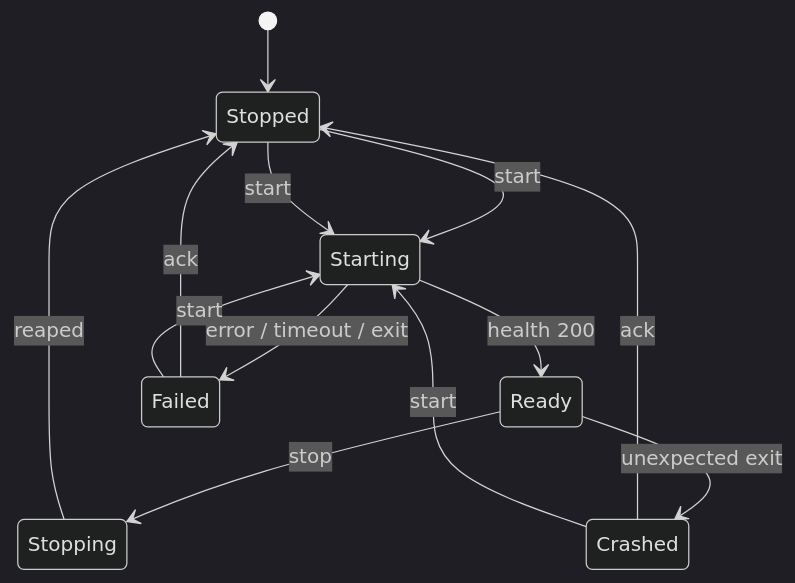
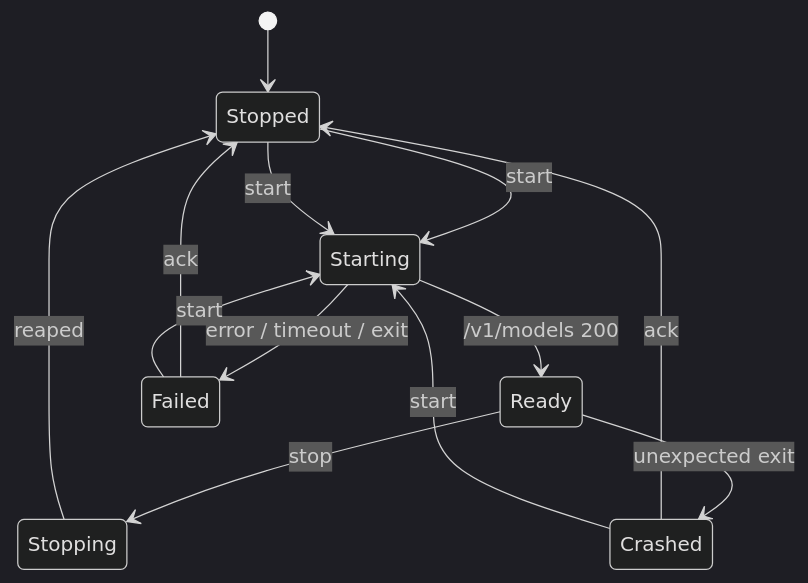
Before and after one commit to jjheffernan/WinServeAI: the diagram in docs/research/05-server-manager.md, drawn with Mermaid (dark theme). The commit also changed other lines of this file and 6 other files, not shown here.

````diff
--- a/docs/research/05-server-manager.md
+++ b/docs/research/05-server-manager.md
@@ -53,15 +56,15 @@
 ```mermaid
 stateDiagram-v2
   [*] --> Stopped
   Stopped --> Starting: start
-  Starting --> Ready: health 200
+  Starting --> Ready: /v1/models 200
   Starting --> Failed: error / timeout / exit
   Ready --> Stopping: stop
   Ready --> Crashed: unexpected exit
   Stopping --> Stopped: reaped
   Failed --> Stopped: ack
   Crashed --> Stopped: ack
   Failed --> Starting: start
   Crashed --> Starting: start
   Stopped --> Starting: start
 ```
````
